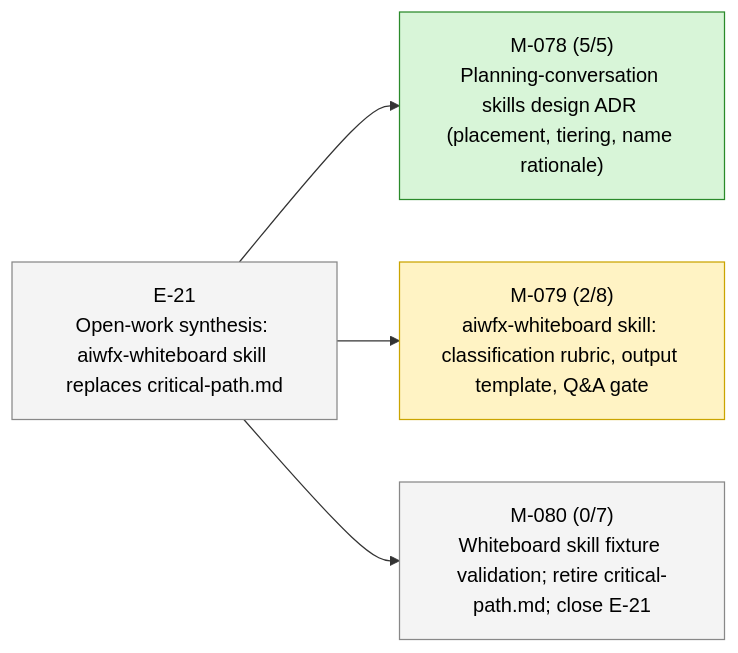
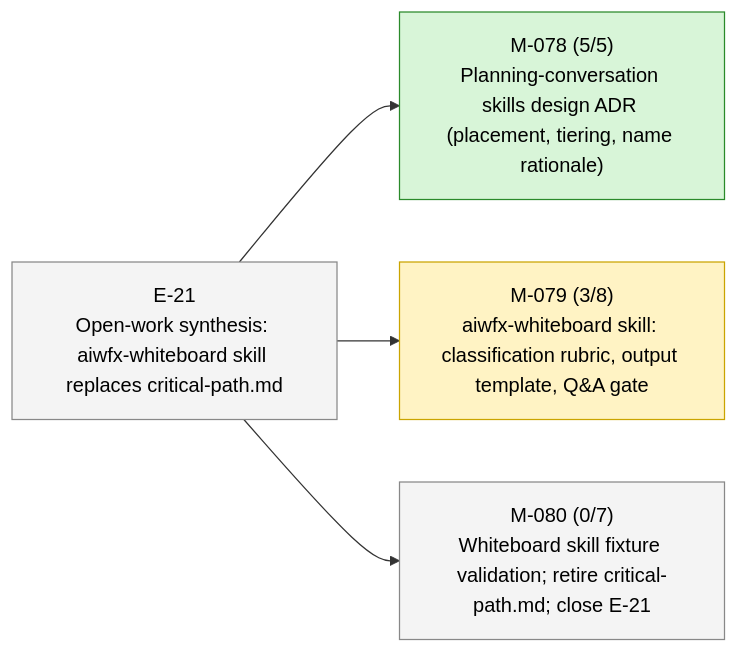
The second of 2 diagrams in STATUS.md (23min/aiwf), drawn with Mermaid before and after one commit. The commit also changed other lines of this file and 1 other file, not shown here.

````diff
--- a/STATUS.md
+++ b/STATUS.md
@@ -47,16 +47,16 @@
 ```mermaid
 flowchart LR
   E_21["E-21<br/>Open-work synthesis: aiwfx-whiteboard skill replaces critical-path.md"]:::epic_proposed
   M_078["M-078 (5/5)<br/>Planning-conversation skills design ADR (placement, tiering, name rationale)"]:::ms_done
   E_21 --> M_078
-  M_079["M-079 (2/8)<br/>aiwfx-whiteboard skill: classification rubric, output template, Q&A gate"]:::ms_in_progress
+  M_079["M-079 (3/8)<br/>aiwfx-whiteboard skill: classification rubric, output template, Q&A gate"]:::ms_in_progress
   E_21 --> M_079
   M_080["M-080 (0/7)<br/>Whiteboard skill fixture validation; retire critical-path.md; close E-21"]:::ms_draft
   E_21 --> M_080
   classDef epic_active fill:#d6eaff,stroke:#1a73e8,color:#000
   classDef epic_proposed fill:#f4f4f4,stroke:#888,color:#000
   classDef ms_done fill:#d8f5d8,stroke:#2a8a2a,color:#000
   classDef ms_in_progress fill:#fff3c4,stroke:#caa400,color:#000
   classDef ms_draft fill:#f4f4f4,stroke:#888,color:#000
   classDef ms_cancelled fill:#fbeaea,stroke:#c33,color:#000
 ```
````
